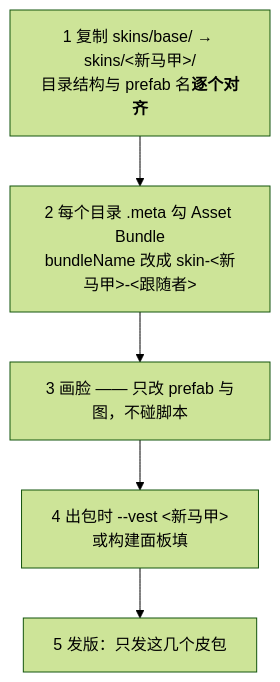
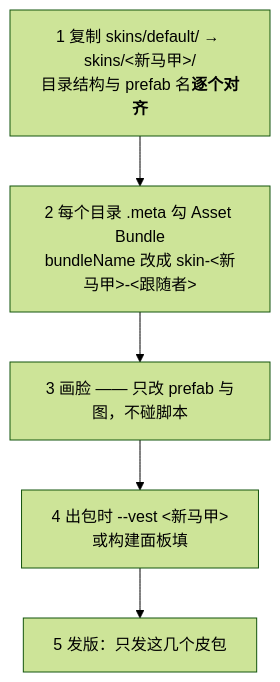
One commit to bearluo/creator-core-kit changed the second of 2 diagrams in apps/demo/docs/vest-and-skin.md. Above: the diagram before and after it, drawn with Mermaid (forest theme). The commit also changed 105 other files, not shown here.

````diff
--- a/apps/demo/docs/vest-and-skin.md
+++ b/apps/demo/docs/vest-and-skin.md
@@ -62,8 +62,8 @@
 ```mermaid
 flowchart TB
-  A["1 复制 skins/base/ → skins/&lt;新马甲&gt;/<br/>目录结构与 prefab 名<b>逐个对齐</b>"] --> B
+  A["1 复制 skins/default/ → skins/&lt;新马甲&gt;/<br/>目录结构与 prefab 名<b>逐个对齐</b>"] --> B
   B["2 每个目录 .meta 勾 Asset Bundle<br/>bundleName 改成 skin-&lt;新马甲&gt;-&lt;跟随者&gt;"] --> C
   C["3 画脸 —— 只改 prefab 与图，不碰脚本"] --> D
   D["4 出包时 --vest &lt;新马甲&gt;<br/>或构建面板填"] --> E
   E["5 发版：只发这几个皮包"]
 ```
````
